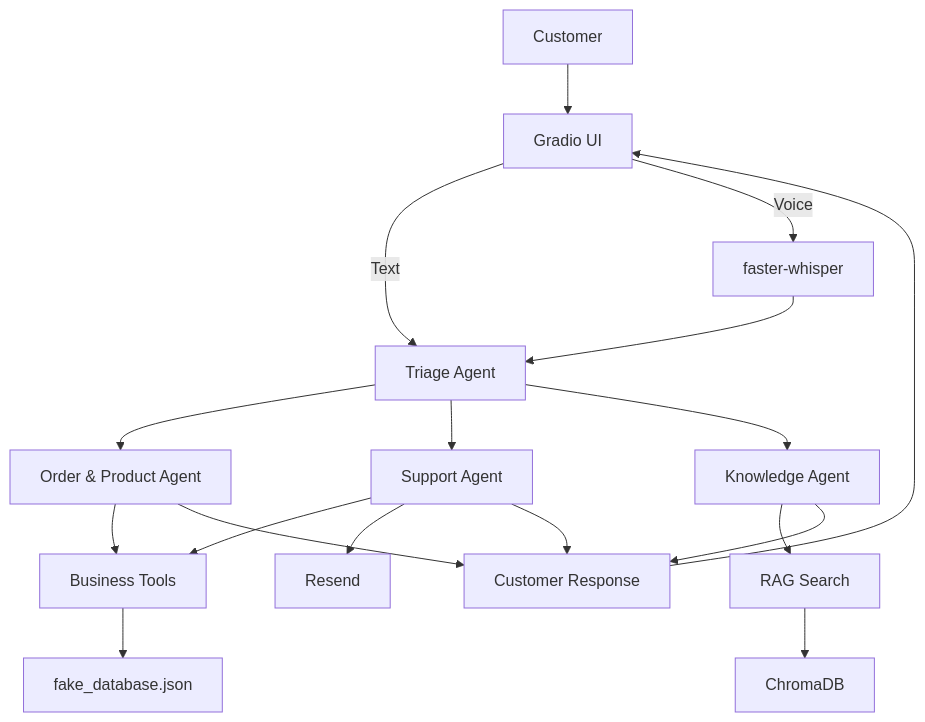
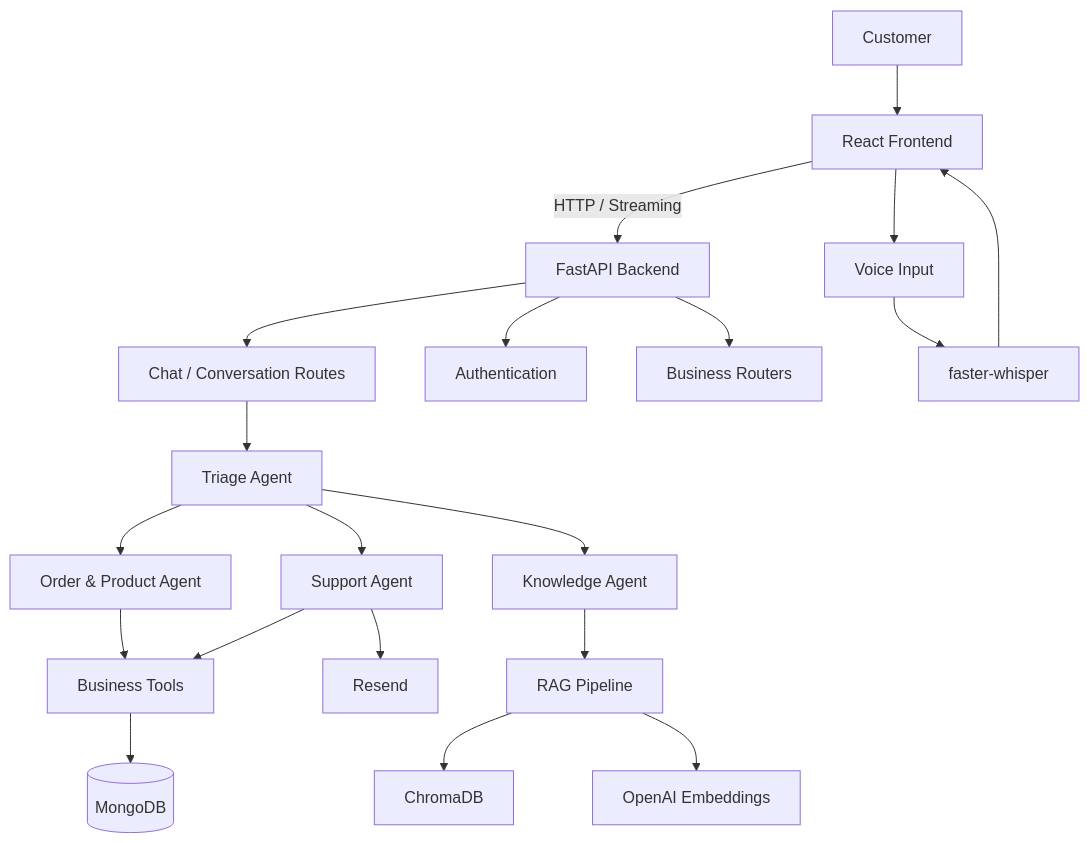
One commit to omarinho348/techstore changed the diagram in README.md. Above: the diagram before and after it, drawn with Mermaid. The commit also changed other lines of this file, not shown here.

````diff
--- a/README.md
+++ b/README.md
@@ -31,26 +33,30 @@
 ```mermaid
 flowchart TD
-    A[Customer] --> B[Gradio UI]
+    A[Customer] --> B[React Frontend]
 
-    B -->|Text| C[Triage Agent]
-    B -->|Voice| V[faster-whisper]
-    V --> C
+    B -->|HTTP / Streaming| C[FastAPI Backend]
 
-    C --> D[Order & Product Agent]
-    C --> E[Support Agent]
-    C --> F[Knowledge Agent]
+    C --> D[Chat / Conversation Routes]
+    C --> E[Authentication]
+    C --> F[Business Routers]
 
-    D --> G[Business Tools]
-    E --> G
-    F --> H[RAG Search]
+    D --> G[Triage Agent]
 
-    G --> I[fake_database.json]
-    E --> J[Resend]
-    H --> K[ChromaDB]
+    G --> H[Order & Product Agent]
+    G --> I[Support Agent]
+    G --> J[Knowledge Agent]
 
-    D --> L[Customer Response]
-    E --> L
-    F --> L
+    H --> K[Business Tools]
+    I --> K
+    J --> L[RAG Pipeline]
 
-    L --> B
+    K --> M[(MongoDB)]
+    L --> N[ChromaDB]
+    L --> O[OpenAI Embeddings]
+
+    I --> P[Resend]
+
+    B --> Q[Voice Input]
+    Q --> R[faster-whisper]
+    R --> B
 ```
````
